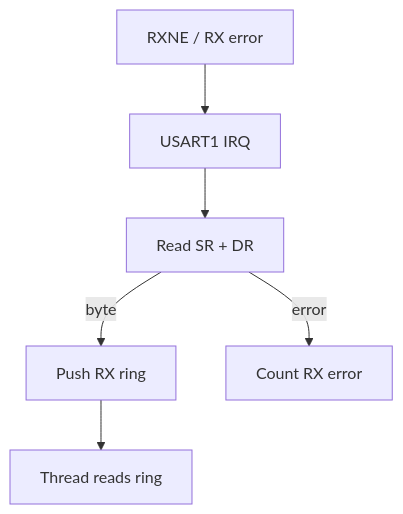
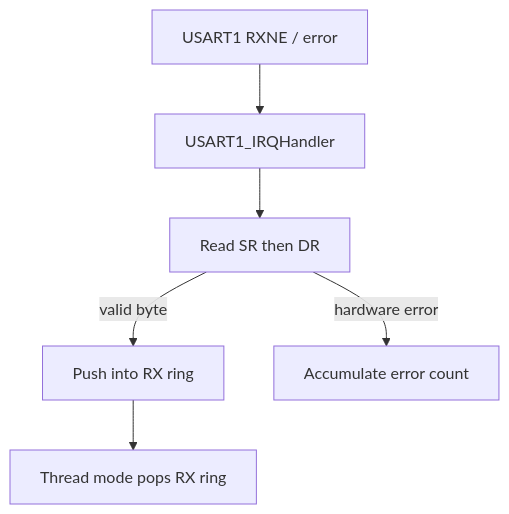
One commit to haikevins/stm32f1-spl-procedural-baremetal changed the first of 2 diagrams in 04-uart-interrupt-ring-buffer/README.md. Above: the diagram before and after it, drawn with Mermaid. The commit also changed other lines of this file and 16 other files, not shown here.

````diff
--- a/04-uart-interrupt-ring-buffer/README.md
+++ b/04-uart-interrupt-ring-buffer/README.md
@@ -75,8 +75,8 @@
 ```mermaid
 flowchart TB
-    HW["RXNE / RX error"] --> IRQ["USART1 IRQ"]
-    IRQ --> READ["Read SR + DR"]
-    READ -->|"byte"| RX["Push RX ring"]
-    READ -->|"error"| ERR["Count RX error"]
-    RX --> APP["Thread reads ring"]
+    HW["USART1 RXNE / error"] --> IRQ["USART1_IRQHandler"]
+    IRQ --> READ["Read SR then DR"]
+    READ -->|"valid byte"| RX["Push into RX ring"]
+    READ -->|"hardware error"| ERR["Accumulate error count"]
+    RX --> APP["Thread mode pops RX ring"]
 ```
````
